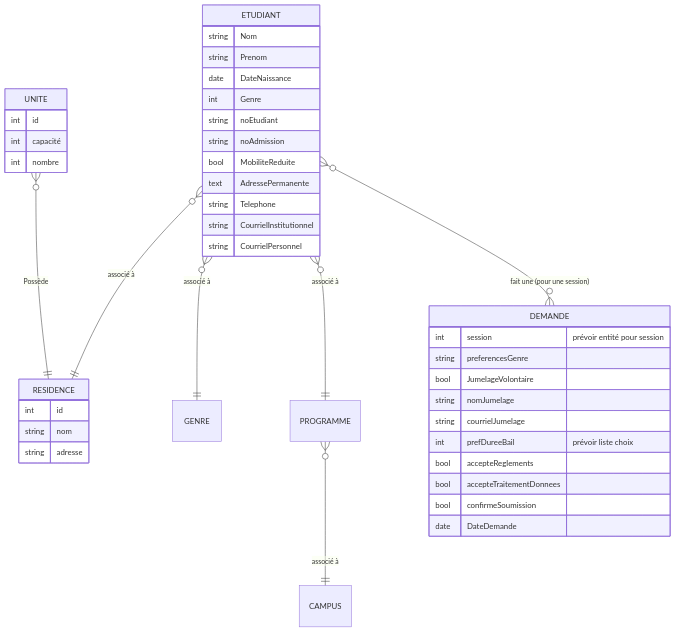
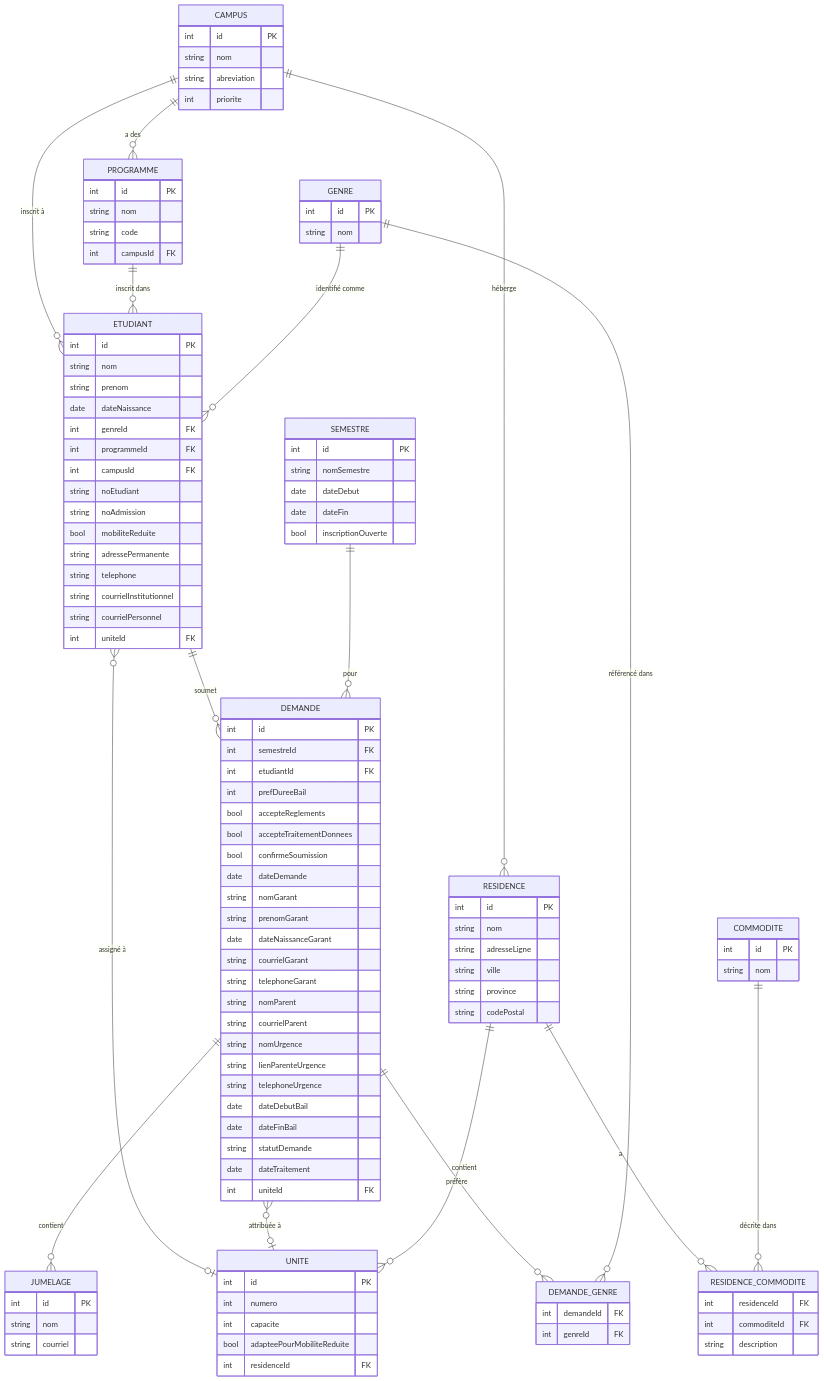
Before and after one commit to BenoitTrem/residence-etudiante: the diagram in mermaid.md, drawn with Mermaid.

Commit message:
Correction du mermaid.md

````diff
--- a/mermaid.md
+++ b/mermaid.md
@@ -1,50 +3,117 @@
 ```mermaid
 erDiagram
-
-UNITE }o--|| RESIDENCE : Possède
-ETUDIANT }o--|| RESIDENCE : "associé à"
-ETUDIANT }o--|| GENRE : "associé à"
-ETUDIANT }o--|| PROGRAMME : "associé à"
-ETUDIANT }o--o{ DEMANDE : "fait une (pour une session)"
-PROGRAMME }o--|| CAMPUS : "associé à"
-
+CAMPUS {
+  int id PK
+  string nom
+  string abreviation
+  int priorite
+}
+PROGRAMME {
+  int id PK
+  string nom
+  string code
+  int campusId FK
+}
+GENRE {
+  int id PK
+  string nom
+}
+ETUDIANT {
+  int id PK
+  string nom
+  string prenom
+  date dateNaissance
+  int genreId FK
+  int programmeId FK
+  int campusId FK
+  string noEtudiant
+  string noAdmission
+  bool mobiliteReduite
+  string adressePermanente
+  string telephone
+  string courrielInstitutionnel
+  string courrielPersonnel
+  int uniteId FK
+}
+SEMESTRE {
+  int id PK
+  string nomSemestre
+  date dateDebut
+  date dateFin
+  bool inscriptionOuverte
+}
+DEMANDE {
+  int id PK
+  int semestreId FK
+  int etudiantId FK
+  int prefDureeBail
+  bool accepteReglements
+  bool accepteTraitementDonnees
+  bool confirmeSoumission
+  date dateDemande
+  string nomGarant
+  string prenomGarant
+  date dateNaissanceGarant
+  string courrielGarant
+  string telephoneGarant
+  string nomParent
+  string courrielParent
+  string nomUrgence
+  string lienParenteUrgence
+  string telephoneUrgence
+  date dateDebutBail
+  date dateFinBail
+  string statutDemande
+  date dateTraitement
+  int uniteId FK
+}
+JUMELAGE {
+  int id PK
+  string nom
+  string courriel
+}
 RESIDENCE {
-int id
-string nom
-string adresse
+  int id PK
+  string nom
+  string adresseLigne
+  string ville
+  string province
+  string codePostal
+}
+UNITE {
+  int id PK
+  int numero
+  int capacite
+  bool adapteePourMobiliteReduite
+  int residenceId FK
+}
+COMMODITE {
+  int id PK
+  string nom
+}
+RESIDENCE_COMMODITE {
+  int residenceId FK
+  int commoditeId FK
+  string description
+}
+DEMANDE_GENRE {
+  int demandeId FK
+  int genreId FK
 }
 
-UNITE {
- int id
- int capacité
- int nombre    
-}
-
-ETUDIANT {
- string Nom 
- string Prenom 
- date DateNaissance 
- int Genre
- string noEtudiant
- string noAdmission
- bool MobiliteReduite 
- text AdressePermanente 
- string Telephone 
- string CourrielInstitutionnel 
- string CourrielPersonnel 
-}
-
-DEMANDE {
- int session "prévoir entité pour session"   
- string preferencesGenre
- bool JumelageVolontaire
- string nomJumelage
- string courrielJumelage
- int prefDureeBail "prévoir liste choix"
- bool accepteReglements
- bool accepteTraitementDonnees
- bool confirmeSoumission
- date DateDemande
-}
-
+CAMPUS ||--o{ PROGRAMME : "a des"
+CAMPUS ||--o{ ETUDIANT : "inscrit à"
+CAMPUS ||--o{ RESIDENCE : "héberge"
+PROGRAMME ||--o{ ETUDIANT : "inscrit dans"
+GENRE ||--o{ ETUDIANT : "identifié comme"
+ETUDIANT ||--o{ DEMANDE : "soumet"
+ETUDIANT }o--o| UNITE : "assigné à"
+SEMESTRE ||--o{ DEMANDE : "pour"
+DEMANDE ||--o{ JUMELAGE : "contient"
+DEMANDE }o--o| UNITE : "attribuée à"
+DEMANDE ||--o{ DEMANDE_GENRE : "préfère"
+GENRE ||--o{ DEMANDE_GENRE : "référencé dans"
+RESIDENCE ||--o{ UNITE : "contient"
+RESIDENCE ||--o{ RESIDENCE_COMMODITE : "a"
+COMMODITE ||--o{ RESIDENCE_COMMODITE : "décrite dans"
 ```
````
